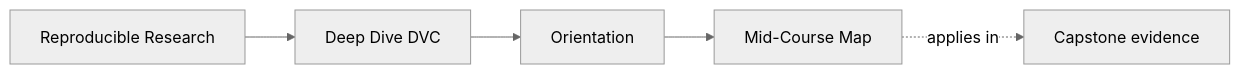
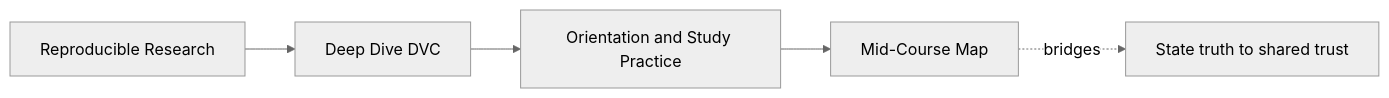
The first of 3 diagrams in programs/reproducible-research/deep-dive-dvc/course-book/module-00-orientation/mid-course-map.md (bijux/bijux-masterclass), drawn with Mermaid (neutral theme) before and after one commit. The commit also changed other lines of this file, not shown here.

Commit message:
docs(dvc): diagnose mid-course readiness by evidence

````diff
--- a/programs/reproducible-research/deep-dive-dvc/course-book/module-00-orientation/mid-course-map.md
+++ b/programs/reproducible-research/deep-dive-dvc/course-book/module-00-orientation/mid-course-map.md
@@ -6,11 +6,11 @@
 ```mermaid
 graph LR
   family["Reproducible Research"]
   program["Deep Dive DVC"]
-  section["Orientation"]
+  section["Orientation and Study Practice"]
   page["Mid-Course Map"]
-  capstone["Capstone evidence"]
+  bridge["State truth to shared trust"]
 
   family --> program --> section --> page
-  page -.applies in.-> capstone
+  page -.bridges.-> bridge
 ```
````
